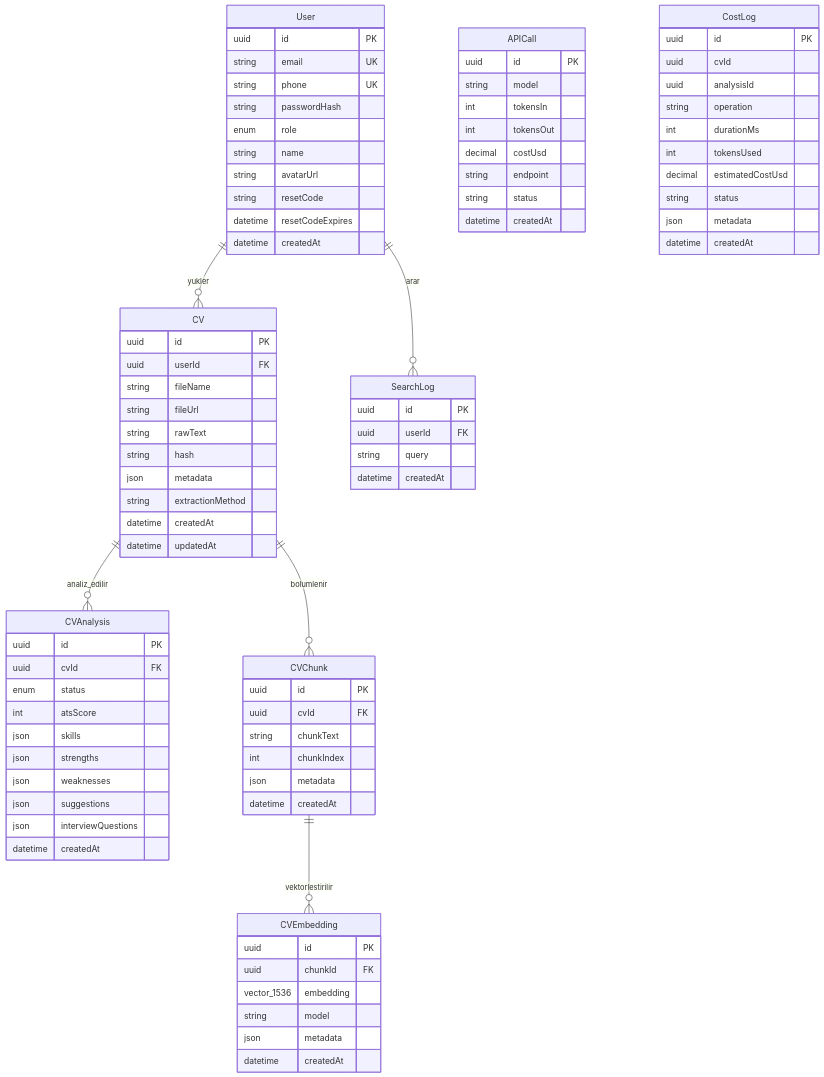
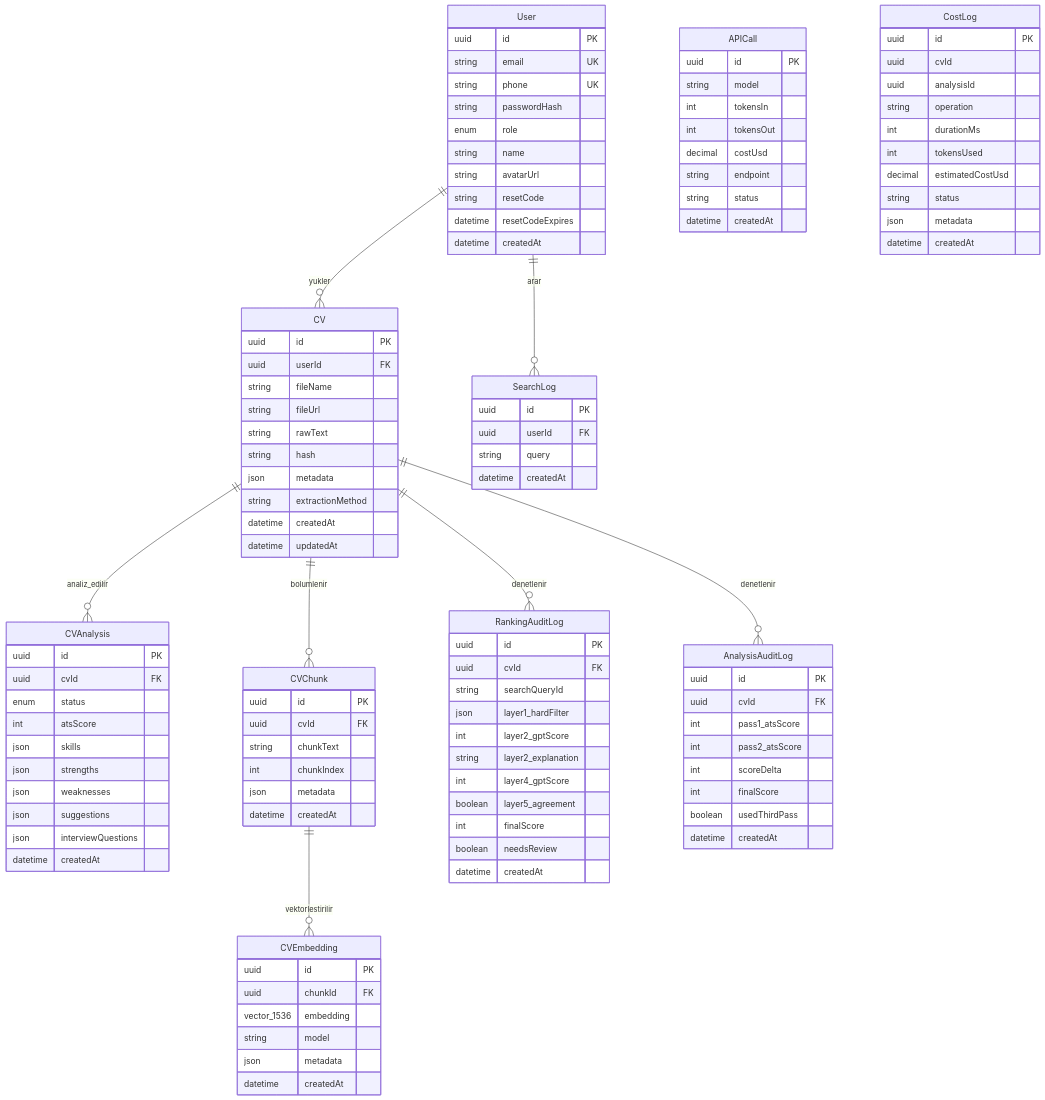
The second of 10 diagrams in astro-project/README.md (omerabali/STAJ22001), drawn with Mermaid before and after one commit. The commit also changed other lines of this file, not shown here.

````diff
--- a/astro-project/README.md
+++ b/astro-project/README.md
@@ -412,6 +353,8 @@
     User ||--o{ SearchLog : arar
     CV ||--o{ CVAnalysis : analiz_edilir
     CV ||--o{ CVChunk : bolumlenir
+    CV ||--o{ RankingAuditLog : denetlenir
+    CV ||--o{ AnalysisAuditLog : denetlenir
     CVChunk ||--o{ CVEmbedding : vektorlestirilir
 
     User {
@@ -501,4 +444,29 @@
         string query
         datetime createdAt
     }
+
+    RankingAuditLog {
+        uuid id PK
+        uuid cvId FK
+        string searchQueryId
+        json layer1_hardFilter
+        int layer2_gptScore
+        string layer2_explanation
+        int layer4_gptScore
+        boolean layer5_agreement
+        int finalScore
+        boolean needsReview
+        datetime createdAt
+    }
+
+    AnalysisAuditLog {
+        uuid id PK
+        uuid cvId FK
+        int pass1_atsScore
+        int pass2_atsScore
+        int scoreDelta
+        int finalScore
+        boolean usedThirdPass
+        datetime createdAt
+    }
 ```
````
